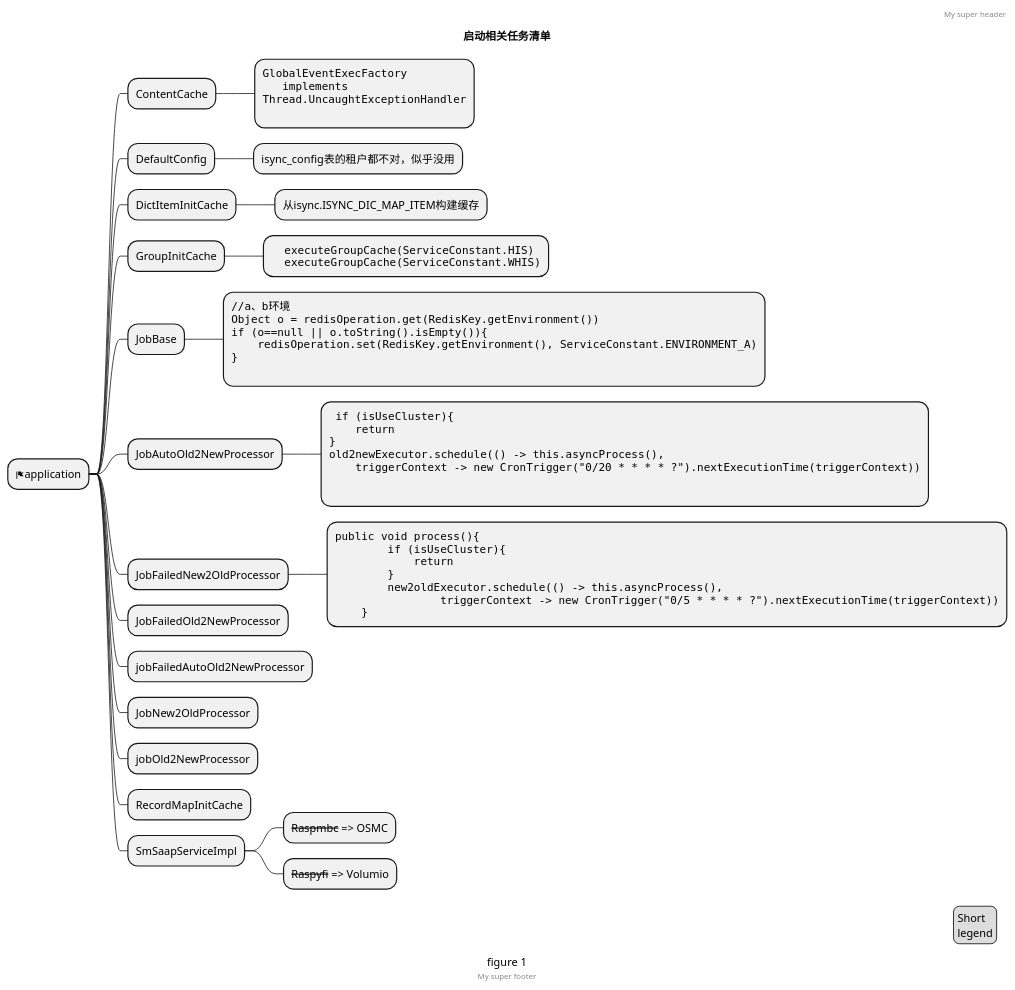
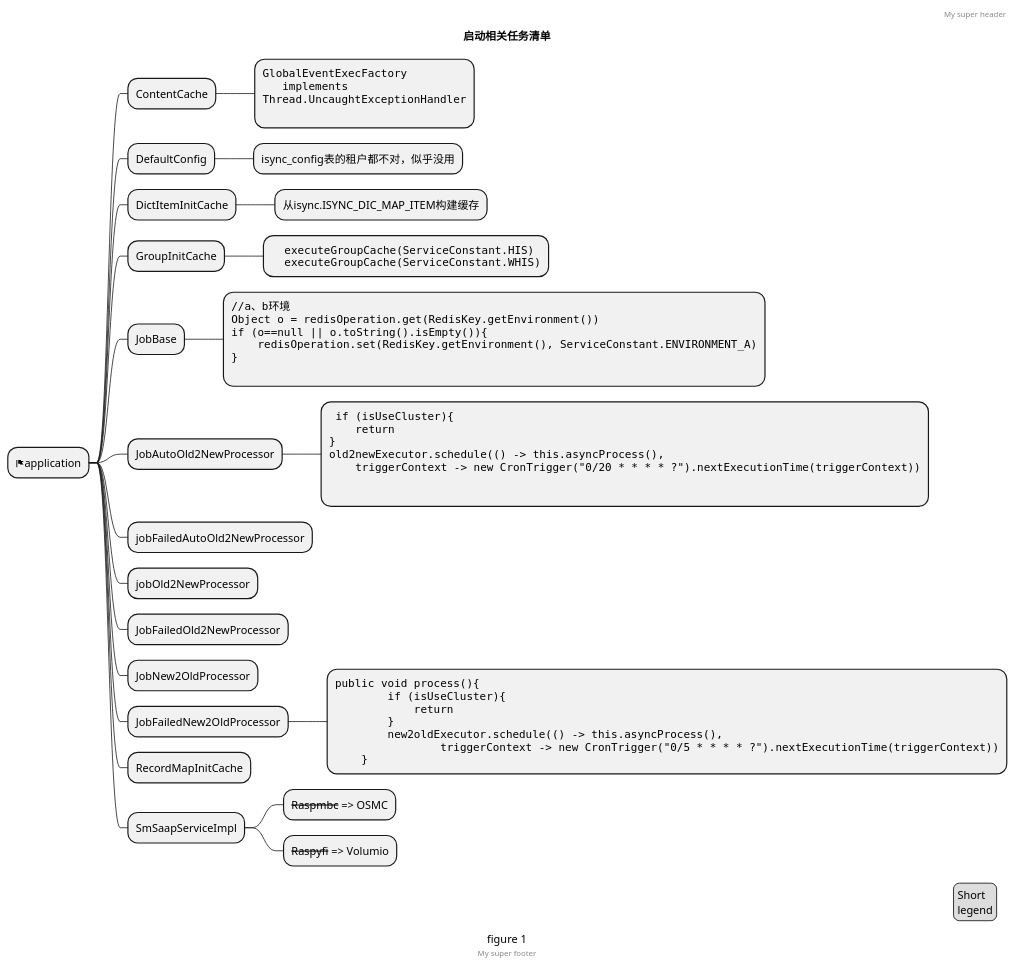
Before and after one commit to tommycom-sudo/isme-java-serve8: the diagram in src/main/resources/testMindMap.puml, drawn with PlantUML.

Commit message:
feat: 思维导图顺序

```diff
--- a/src/main/resources/testMindMap.puml
+++ b/src/main/resources/testMindMap.puml
@@ -1,72 +1,74 @@
 @startmindmap
 'https://plantuml.com/mindmap-diagram
 
 caption figure 1
 title 启动相关任务清单
 
 * <&flag>application
 ** ContentCache
 ***:<code>
 GlobalEventExecFactory
    implements
 Thread.UncaughtExceptionHandler
 </code>
 ;
 ** DefaultConfig
 *** isync_config表的租户都不对，似乎没用
 ** DictItemInitCache
 *** 从isync.ISYNC_DIC_MAP_ITEM构建缓存
 ** GroupInitCache
 ***:<code>
   executeGroupCache(ServiceConstant.HIS)
   executeGroupCache(ServiceConstant.WHIS)
 </code>;
 ** JobBase
 ***:<code>
 //a、b环境
 Object o = redisOperation.get(RedisKey.getEnvironment())
 if (o==null || o.toString().isEmpty()){
     redisOperation.set(RedisKey.getEnvironment(), ServiceConstant.ENVIRONMENT_A)
 }
 </code>
 ;
 ** JobAutoOld2NewProcessor
 ***:<code>
  if (isUseCluster){
     return
 }
 old2newExecutor.schedule(() -> this.asyncProcess(),
     triggerContext -> new CronTrigger("0/20 * * * * ?").nextExecutionTime(triggerContext))
 
 ;
+** jobFailedAutoOld2NewProcessor
+** jobOld2NewProcessor
+** JobFailedOld2NewProcessor
+** JobNew2OldProcessor
 ** JobFailedNew2OldProcessor
 ***:<code>
 public void process(){
         if (isUseCluster){
             return
         }
         new2oldExecutor.schedule(() -> this.asyncProcess(),
                 triggerContext -> new CronTrigger("0/5 * * * * ?").nextExecutionTime(triggerContext))
     }
 </code>;
-** JobFailedOld2NewProcessor
-** jobFailedAutoOld2NewProcessor
-** JobNew2OldProcessor
-** jobOld2NewProcessor
+
+
 ** RecordMapInitCache
 ** SmSaapServiceImpl
 
 *** <s>Raspmbc</s> => OSMC
 *** <s>Raspyfi</s> => Volumio
 
 header
 My super header
 endheader
 
 center footer My super footer
 
 legend right
   Short
   legend
 endlegend
 @endmindmap
```
